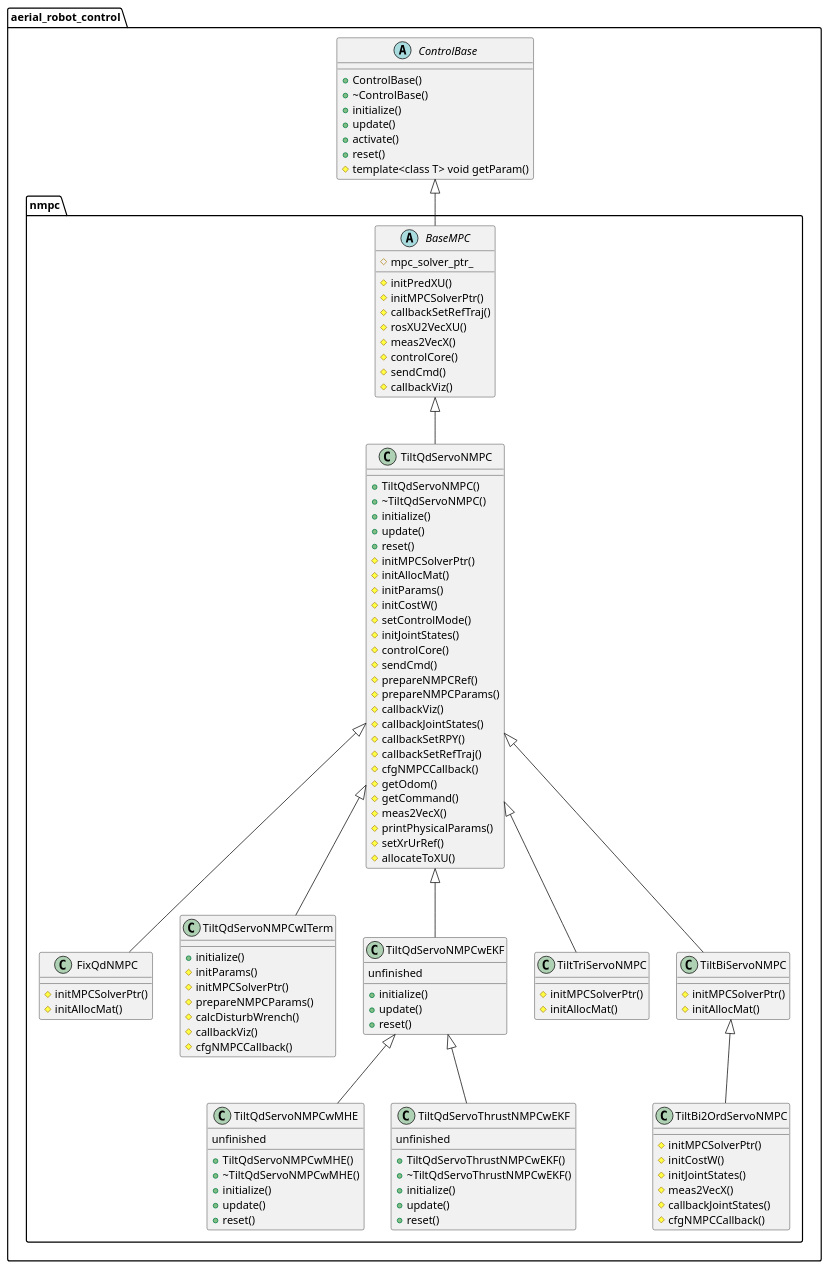
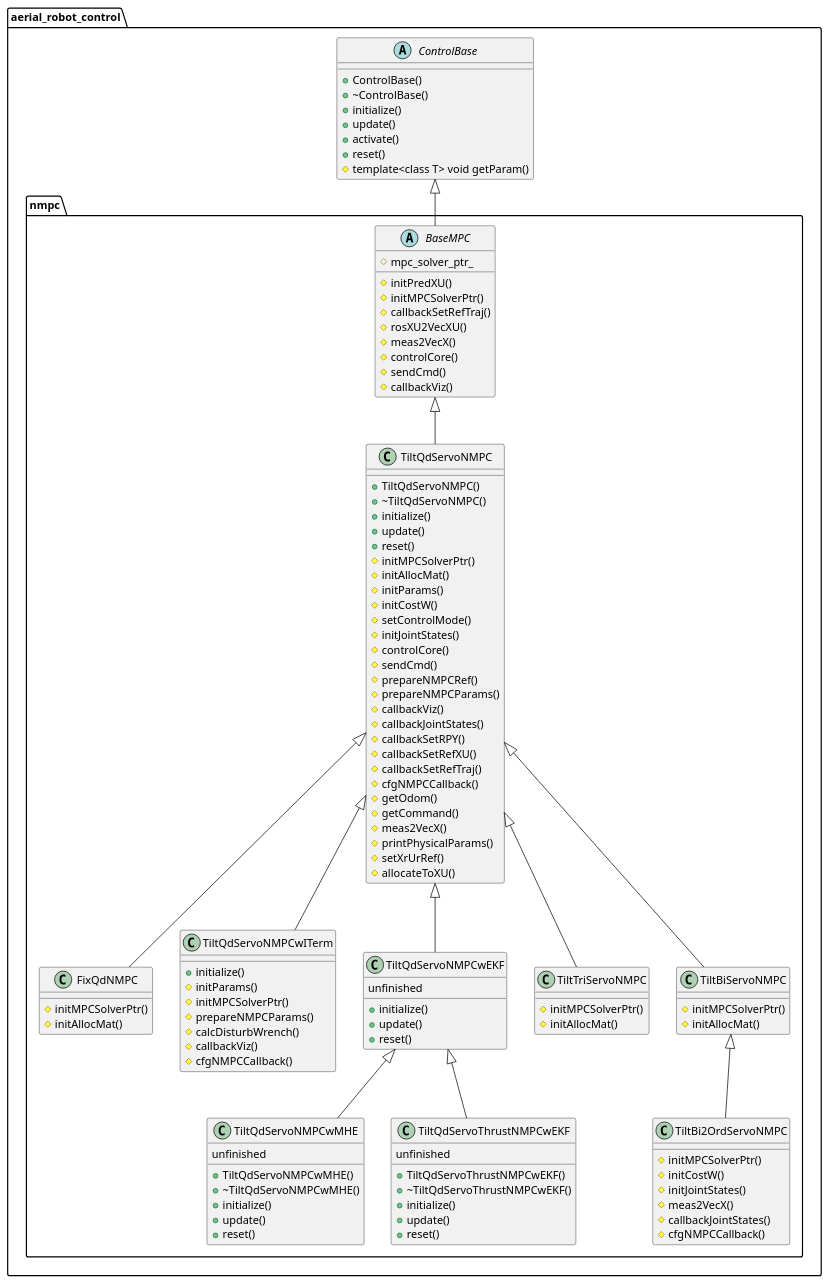
Before and after one commit to jsk-ros-pkg/jsk_aerial_robot: the diagram in docs/UMLs/nmpc_controller.puml, drawn with PlantUML. The commit also changed 1 other file, not shown here.

Commit message:
[UML][Refactor]: update to the latest structure

```diff
--- a/docs/UMLs/nmpc_controller.puml
+++ b/docs/UMLs/nmpc_controller.puml
@@ -1,134 +1,135 @@
 @startuml
 'https://plantuml.com/class-diagram
 
 set namespaceSeparator ::
 
 abstract class aerial_robot_control::ControlBase {
     + ControlBase()
     + ~ControlBase()
     + initialize()
     + update()
     + activate()
     + reset()
     # template<class T> void getParam()
 }
 
 abstract class aerial_robot_control::nmpc::BaseMPC extends aerial_robot_control::ControlBase {
     # mpc_solver_ptr_
     # initPredXU()
     # initMPCSolverPtr()
     # callbackSetRefTraj()
     # rosXU2VecXU()
     # meas2VecX()
     # controlCore()
     # sendCmd()
     # callbackViz()
 }
 
 class aerial_robot_control::nmpc::FixQdNMPC extends aerial_robot_control::nmpc::TiltQdServoNMPC {
 'x_dim = 13, u_dim = 4, p_dim = 4'
     # initMPCSolverPtr()
     # initAllocMat()
 }
 
 'class aerial_robot_control::nmpc::TiltQdNMPC extends aerial_robot_control::nmpc::FixQdNMPC {
 ''x_dim = 13, u_dim = 8'
 '    + TiltQdNMPC()
 '    + ~TiltQdNMPC()
 '    + initialize()
 '    + update()
 '    + reset()
 '}
 
 class aerial_robot_control::nmpc::TiltQdServoNMPC extends aerial_robot_control::nmpc::BaseMPC {
 'x_dim = 17, u_dim = 8, p_dim = 4'
     + TiltQdServoNMPC()
     + ~TiltQdServoNMPC()
     + initialize()
     + update()
     + reset()
     # initMPCSolverPtr()
     # initAllocMat()
     # initParams()
     # initCostW()
     # setControlMode()
     # initJointStates()
     # controlCore()
     # sendCmd()
     # prepareNMPCRef()
     # prepareNMPCParams()
     # callbackViz()
     # callbackJointStates()
     # callbackSetRPY()
+    # callbackSetRefXU()
     # callbackSetRefTraj()
     # cfgNMPCCallback()
     # getOdom()
     # getCommand()
     # meas2VecX()
     # printPhysicalParams()
     # setXrUrRef()
     # allocateToXU()
 }
 
 class aerial_robot_control::nmpc::TiltQdServoNMPCwITerm extends aerial_robot_control::nmpc::TiltQdServoNMPC {
 'x_dim = 17, u_dim = 8， p_dim = 10'
     + initialize()
     # initParams()
     # initMPCSolverPtr()
     # prepareNMPCParams()
     # calcDisturbWrench()
     # callbackViz()
     # cfgNMPCCallback()
 }
 
 class aerial_robot_control::nmpc::TiltQdServoNMPCwEKF extends aerial_robot_control::nmpc::TiltQdServoNMPC {
 'x_dim = 23, u_dim = 8, p_dim = 4'
 unfinished
     + initialize()
     + update()
     + reset()
 }
 
 class aerial_robot_control::nmpc::TiltQdServoNMPCwMHE extends aerial_robot_control::nmpc::TiltQdServoNMPCwEKF {
 'x_dim = 23, u_dim = 8, p_dim = 4'
 unfinished
     + TiltQdServoNMPCwMHE()
     + ~TiltQdServoNMPCwMHE()
     + initialize()
     + update()
     + reset()
 }
 
 class aerial_robot_control::nmpc::TiltQdServoThrustNMPCwEKF extends aerial_robot_control::nmpc::TiltQdServoNMPCwEKF {
 'x_dim = 27, u_dim = 8, p_dim = 4'
 unfinished
     + TiltQdServoThrustNMPCwEKF()
     + ~TiltQdServoThrustNMPCwEKF()
     + initialize()
     + update()
     + reset()
 }
 
 class aerial_robot_control::nmpc::TiltTriServoNMPC extends aerial_robot_control::nmpc::TiltQdServoNMPC {
 'x_dim = 16, u_dim = 6, p_dim = 4'
     # initMPCSolverPtr()
     # initAllocMat()
 }
 
 class aerial_robot_control::nmpc::TiltBiServoNMPC extends aerial_robot_control::nmpc::TiltQdServoNMPC {
 'x_dim = 15, u_dim = 4, p_dim = 4'
     # initMPCSolverPtr()
     # initAllocMat()
 }
 
 class aerial_robot_control::nmpc::TiltBi2OrdServoNMPC extends aerial_robot_control::nmpc::TiltBiServoNMPC {
 'x_dim = 17, u_dim = 4, p_dim = 4'
     # initMPCSolverPtr()
     # initCostW()
     # initJointStates()
     # meas2VecX()
     # callbackJointStates()
     # cfgNMPCCallback()
 }
 
 @enduml
```
